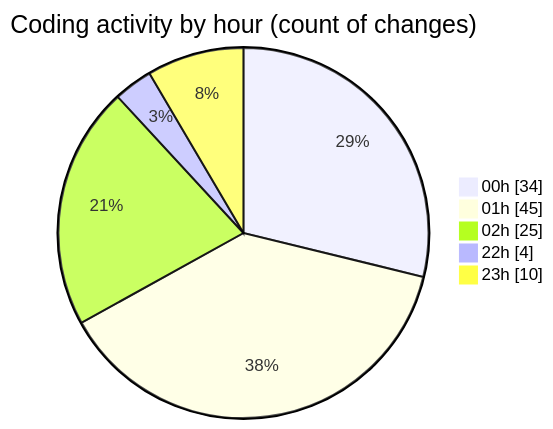
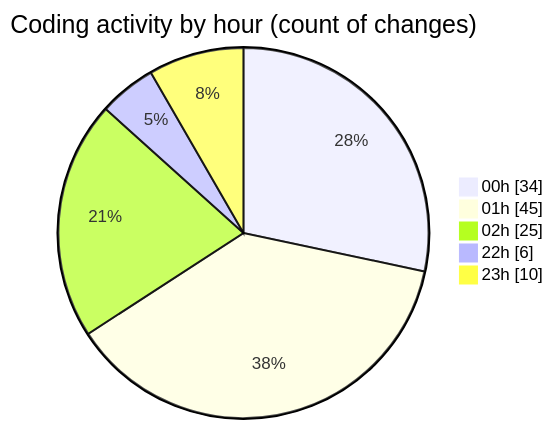
One commit to lephambinh05/code-tracking changed the second of 2 diagrams in 2025-07-15/nhahang/README.md. Above: the diagram before and after it, drawn with Mermaid. The commit also changed other lines of this file and 1 other file, not shown here.

````diff
--- a/2025-07-15/nhahang/README.md
+++ b/2025-07-15/nhahang/README.md
@@ -86,9 +86,9 @@
 ```mermaid
 pie showData
 title Coding activity by hour (count of changes)
 "00h" : 34
 "01h" : 45
 "02h" : 25
-"22h" : 4
+"22h" : 6
 "23h" : 10
 ```
````
